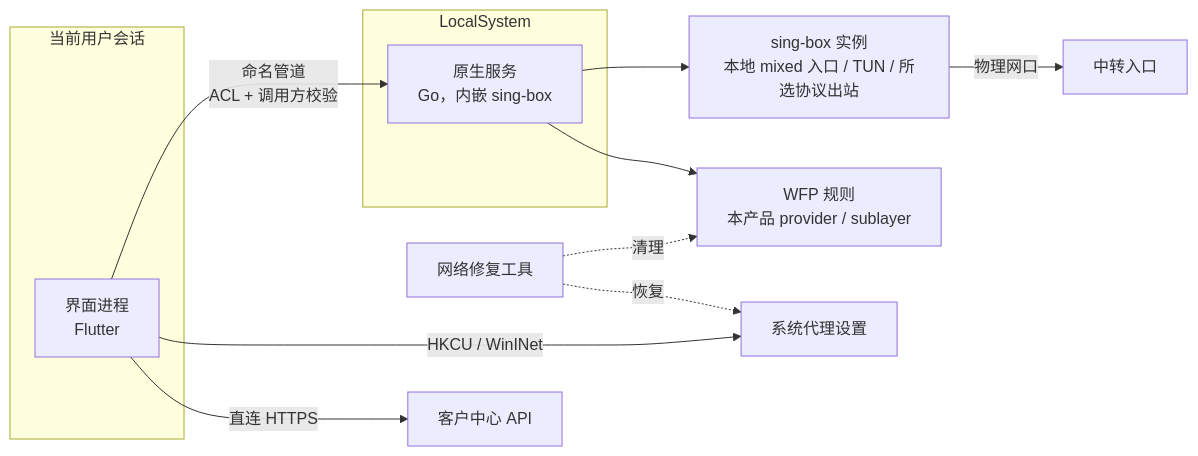
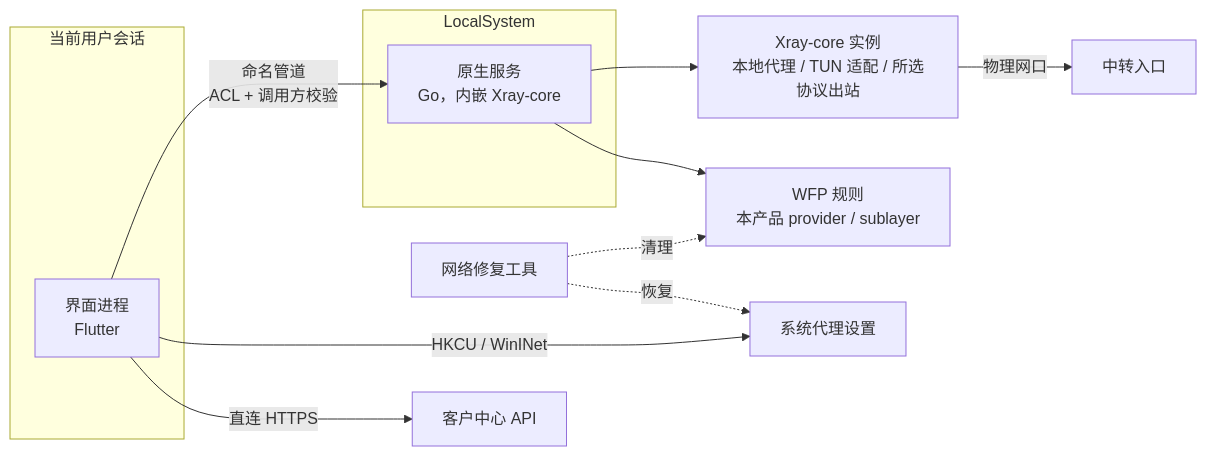
The first of 2 diagrams in docs/superpowers/specs/2026-10-10-sunipip-client-design-addendum.md (BlueGrassN/BlueGrass), drawn with Mermaid before and after one commit. The commit also changed other lines of this file and 1258 other files, not shown here.

````diff
--- a/docs/superpowers/specs/2026-10-10-sunipip-client-design-addendum.md
+++ b/docs/superpowers/specs/2026-10-10-sunipip-client-design-addendum.md
@@ -47,17 +50,17 @@
 ```mermaid
 flowchart LR
     subgraph UserSession[当前用户会话]
         UI[界面进程<br/>Flutter]
     end
     subgraph LocalSystem[LocalSystem]
-        Svc[原生服务<br/>Go，内嵌 sing-box]
+        Svc[原生服务<br/>Go，内嵌 Xray-core]
     end
     UI -- 命名管道<br/>ACL + 调用方校验 --> Svc
     UI -- HKCU / WinINet --> Proxy[系统代理设置]
     UI -- 直连 HTTPS --> API[客户中心 API]
-    Svc --> Core[sing-box 实例<br/>本地 mixed 入口 / TUN / 所选协议出站]
+    Svc --> Core[Xray-core 实例<br/>本地代理 / TUN 适配 / 所选协议出站]
     Svc --> WFP[WFP 规则<br/>本产品 provider / sublayer]
     Core -- 物理网口 --> Relay[中转入口]
     Repair[网络修复工具] -. 清理 .-> WFP
     Repair -. 恢复 .-> Proxy
 ```
````
